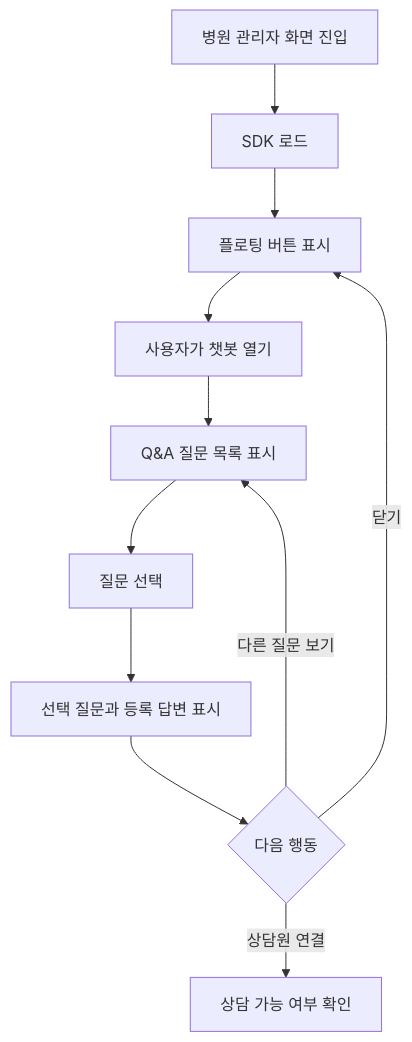
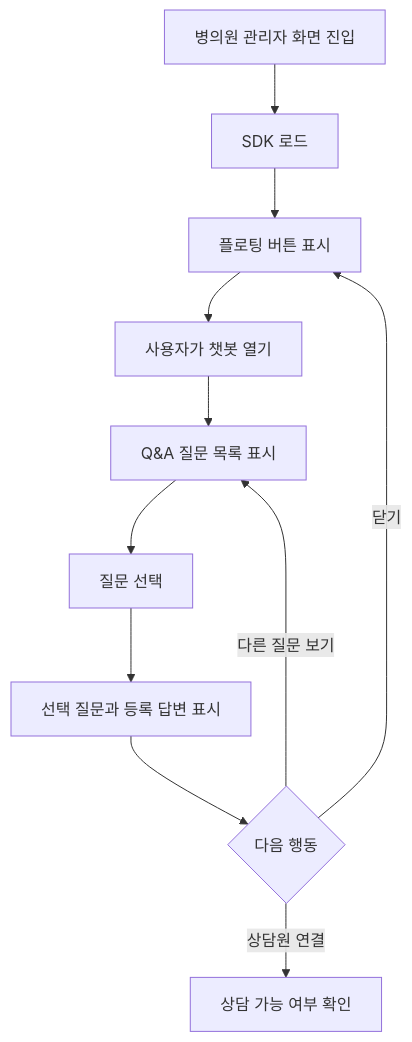
One commit to xowlsakffl/beaulab_backend changed the first of 6 diagrams in develop-doc/hospital-chatbot-prd.md. Above: the diagram before and after it, drawn with Mermaid. The commit also changed other lines of this file and 244 other files, not shown here.

````diff
--- a/develop-doc/hospital-chatbot-prd.md
+++ b/develop-doc/hospital-chatbot-prd.md
@@ -308,13 +308,13 @@
 ```mermaid
 flowchart TD
-    A[병원 관리자 화면 진입] --> B[SDK 로드]
+    A[병의원 관리자 화면 진입] --> B[SDK 로드]
     B --> C[플로팅 버튼 표시]
     C --> D[사용자가 챗봇 열기]
     D --> E[Q&A 질문 목록 표시]
     E --> F[질문 선택]
     F --> G[선택 질문과 등록 답변 표시]
     G --> H{다음 행동}
     H -->|다른 질문 보기| E
     H -->|상담원 연결| I[상담 가능 여부 확인]
     H -->|닫기| C
 ```
````
